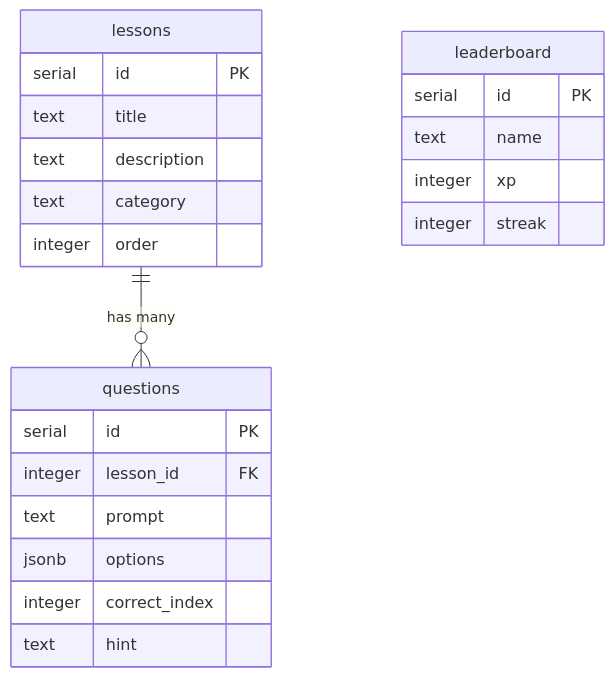
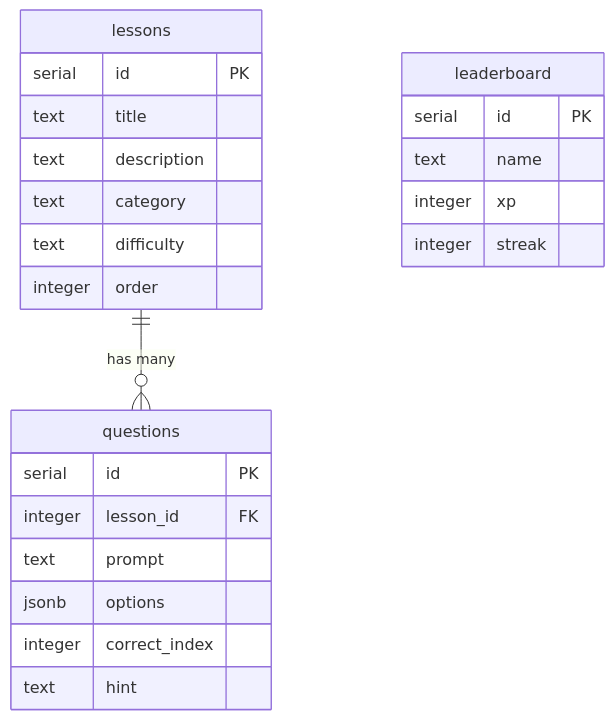
Before and after one commit to terrence-celestine/lingo: the second of 2 diagrams in README.md, drawn with Mermaid. The commit also changed other lines of this file, not shown here.

Commit message:
docs: update README with full feature list, architecture, and engineering decisions

````diff
--- a/README.md
+++ b/README.md
@@ -68,25 +75,26 @@
 ```mermaid
 erDiagram
     lessons {
         serial id PK
         text title
         text description
         text category
+        text difficulty
         integer order
     }
     questions {
         serial id PK
         integer lesson_id FK
         text prompt
         jsonb options
         integer correct_index
         text hint
     }
     leaderboard {
         serial id PK
         text name
         integer xp
         integer streak
     }
     lessons ||--o{ questions : "has many"
 ```
````
